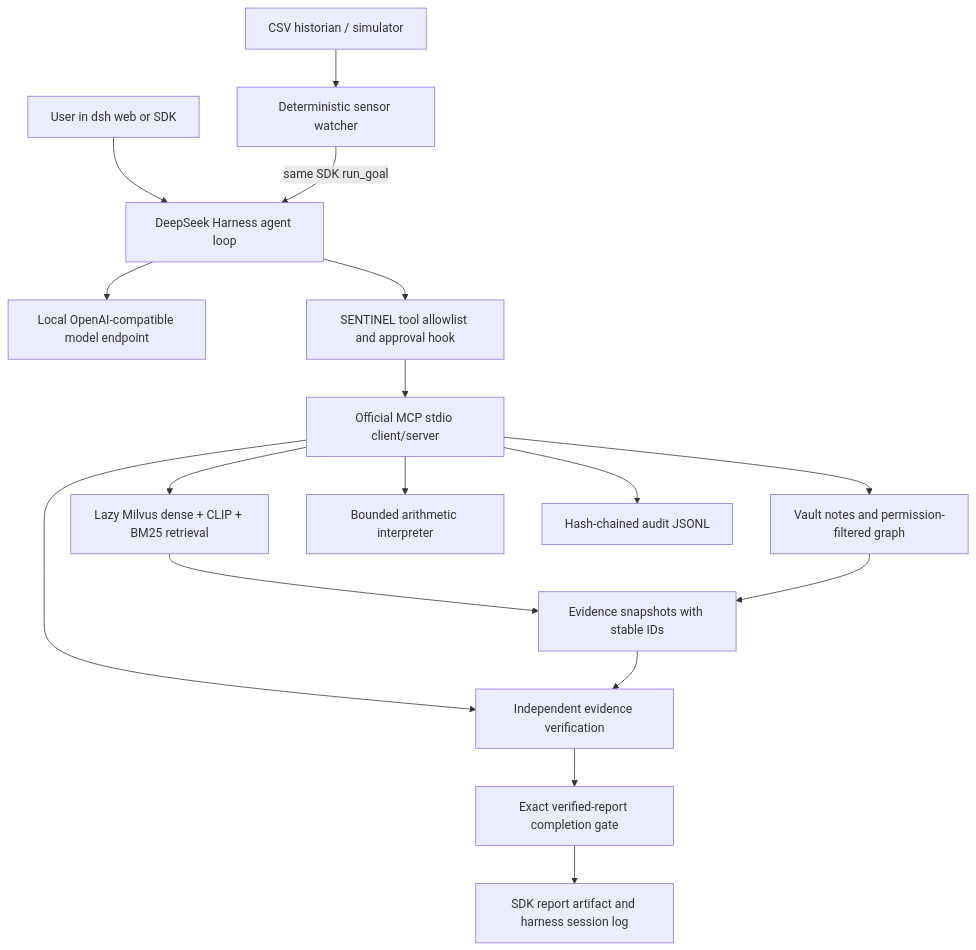
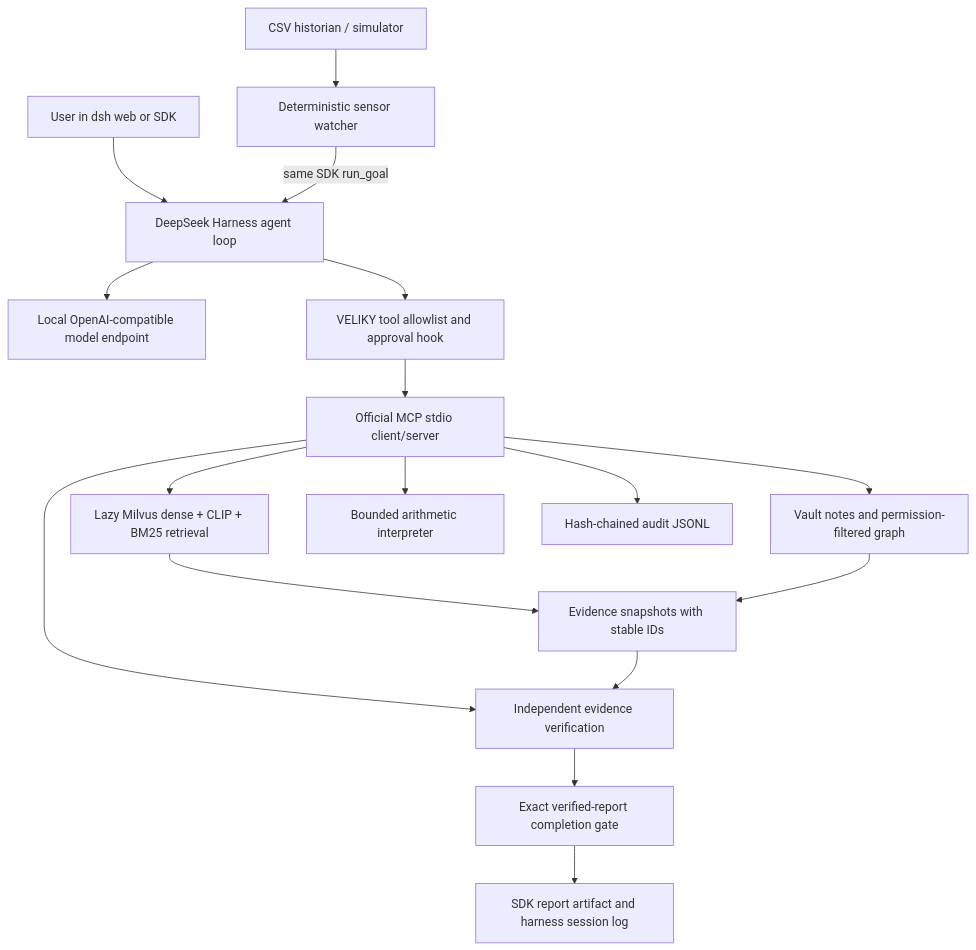
One commit to MOKSH90/Veliky changed the diagram in tflite/RAG/README.md. Above: the diagram before and after it, drawn with Mermaid. The commit also changed other lines of this file and 351 other files, not shown here.

````diff
--- a/tflite/RAG/README.md
+++ b/tflite/RAG/README.md
@@ -5,19 +5,19 @@
 ```mermaid
 flowchart TD
     U[User in dsh web or SDK] --> H[DeepSeek Harness agent loop]
     S[CSV historian / simulator] --> W[Deterministic sensor watcher]
     W -->|same SDK run_goal| H
     H --> L[Local OpenAI-compatible model endpoint]
-    H --> P[SENTINEL tool allowlist and approval hook]
+    H --> P[VELIKY tool allowlist and approval hook]
     P --> M[Official MCP stdio client/server]
     M --> R[Lazy Milvus dense + CLIP + BM25 retrieval]
     M --> V[Vault notes and permission-filtered graph]
     M --> C[Bounded arithmetic interpreter]
     M --> E[Independent evidence verification]
     R --> D[Evidence snapshots with stable IDs]
     V --> D
     D --> E
     E --> G[Exact verified-report completion gate]
     G --> A[SDK report artifact and harness session log]
     M --> J[Hash-chained audit JSONL]
 ```
````
